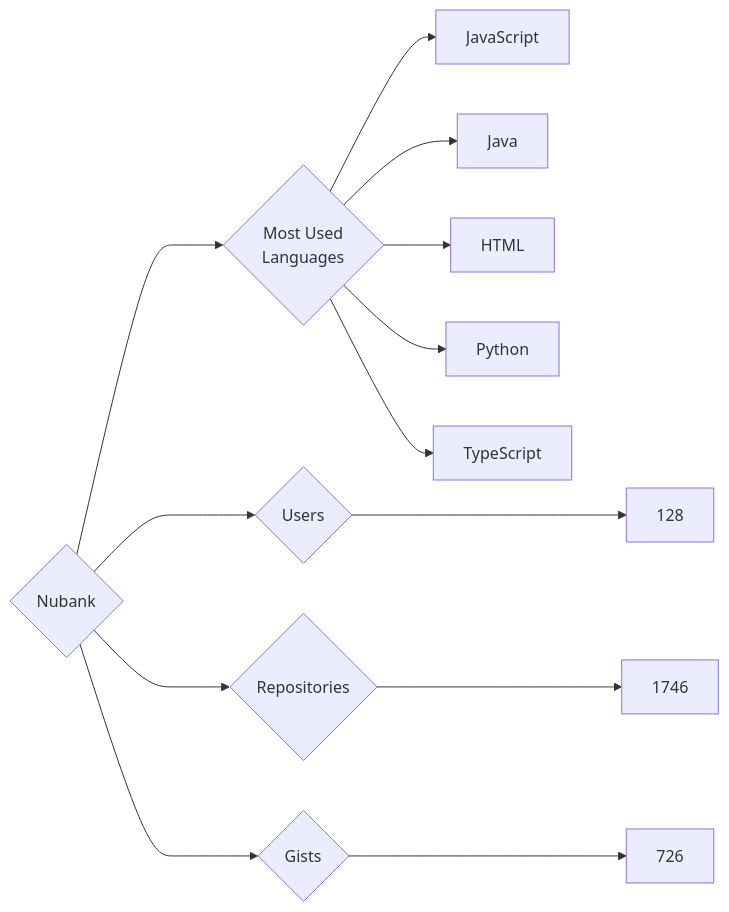
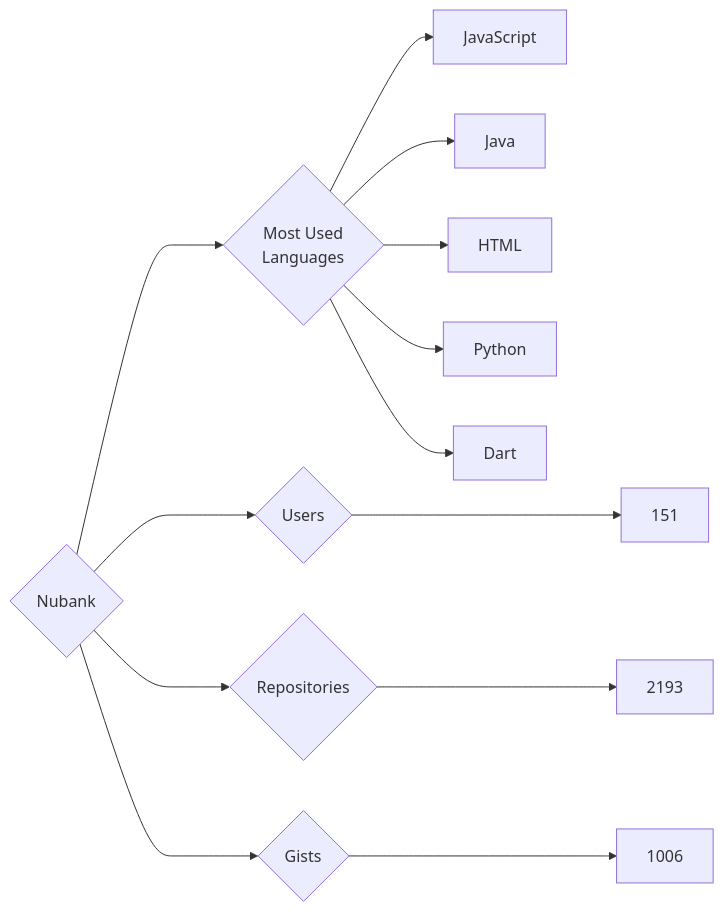
One commit to trickest/insiders changed the diagram in targets/Nubank/README.md. Above: the diagram before and after it, drawn with Mermaid. The commit also changed 877 other files, not shown here.

````diff
--- a/targets/Nubank/README.md
+++ b/targets/Nubank/README.md
@@ -3,13 +3,13 @@
 ```mermaid
 graph LR
 COMPANY_NAME{Nubank}
-COMPANY_NAME ---> U{Users} ---> UN[128]
-COMPANY_NAME ---> R{Repositories} ---> RN[1746]
-COMPANY_NAME ---> G{Gists} ---> GN[726]
+COMPANY_NAME ---> U{Users} ---> UN[151]
+COMPANY_NAME ---> R{Repositories} ---> RN[2193]
+COMPANY_NAME ---> G{Gists} ---> GN[1006]
 COMPANY_NAME ---> ML{Most Used<br>Languages}
 ML --> JavaScript[JavaScript]
 ML --> Java[Java]
 ML --> HTML[HTML]
 ML --> Python[Python]
-ML --> TypeScript[TypeScript]
+ML --> Dart[Dart]
 ```
````
